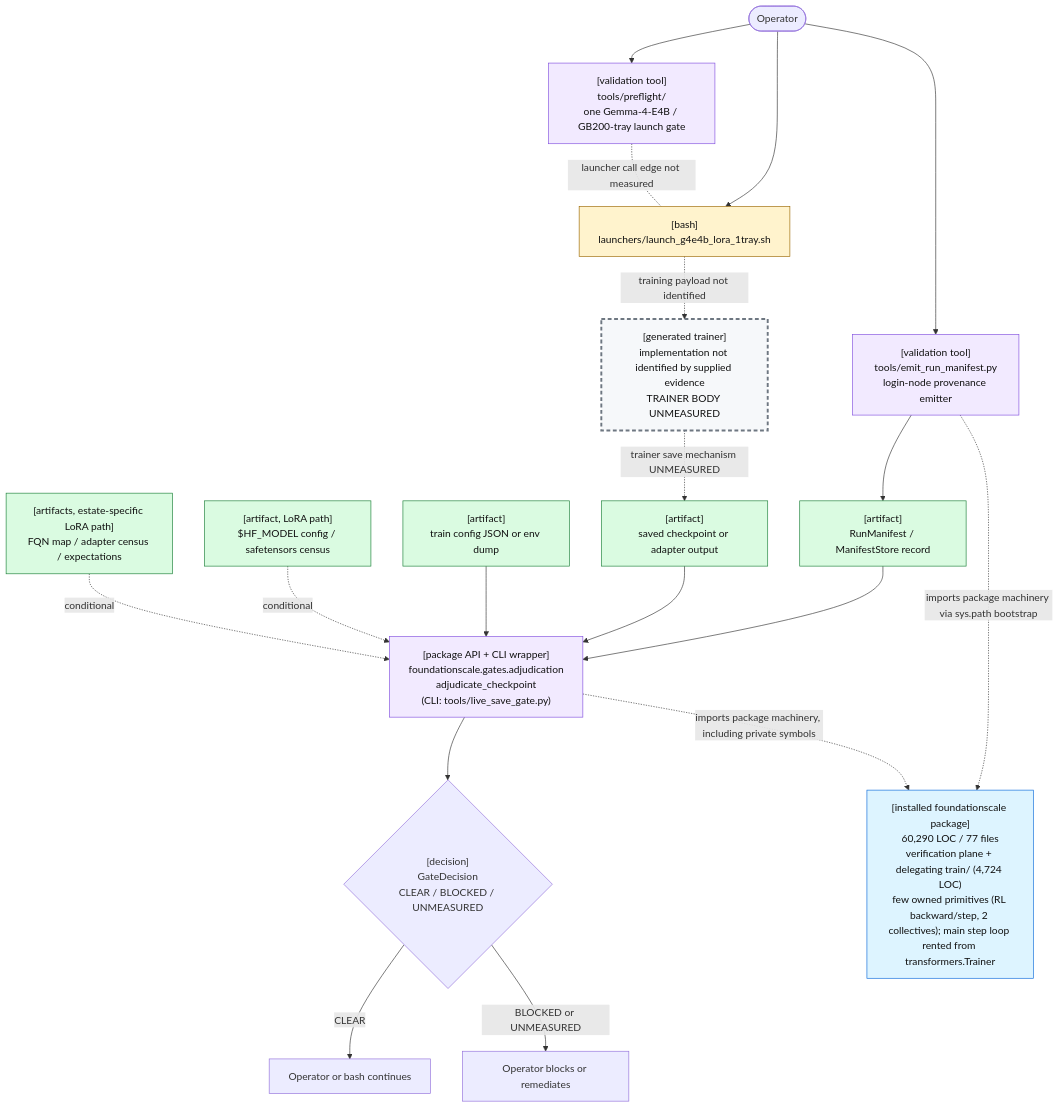
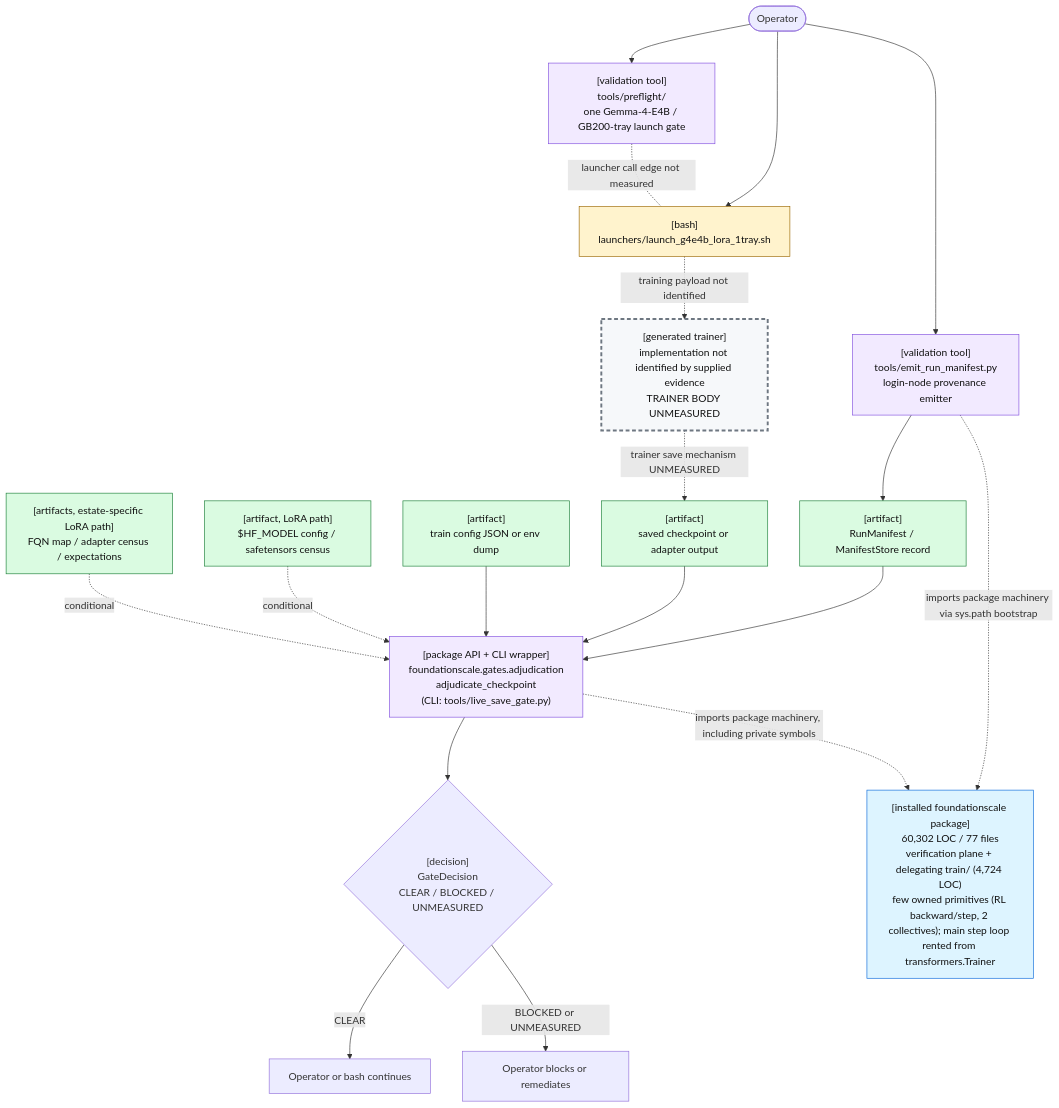
One commit to TranNhiem/FoundationScale changed the first of 2 diagrams in docs/review/D2_current_architecture.md. Above: the diagram before and after it, drawn with Mermaid. The commit also changed other lines of this file and 12 other files, not shown here.

````diff
--- a/docs/review/D2_current_architecture.md
+++ b/docs/review/D2_current_architecture.md
@@ -25,59 +25,59 @@
 ```mermaid
 flowchart TB
   O(["Operator"])
 
   PF["[validation tool]<br/>tools/preflight/<br/>one Gemma-4-E4B / GB200-tray launch gate"]
   L["[bash]<br/>launchers/launch_g4e4b_lora_1tray.sh"]
 
   E["[validation tool]<br/>tools/emit_run_manifest.py<br/>login-node provenance emitter"]
   M["[artifact]<br/>RunManifest / ManifestStore record"]
 
   T["[generated trainer]<br/>implementation not identified by supplied evidence<br/>TRAINER BODY UNMEASURED"]
   C["[artifact]<br/>saved checkpoint or adapter output"]
 
   G["[package API + CLI wrapper]<br/>foundationscale.gates.adjudication<br/>adjudicate_checkpoint<br/>(CLI: tools/live_save_gate.py)"]
   CFG["[artifact]<br/>train config JSON or env dump"]
   BASE["[artifact, LoRA path]<br/>$HF_MODEL config / safetensors census"]
   CEN["[artifacts, estate-specific LoRA path]<br/>FQN map / adapter census / expectations"]
 
   D{"[decision]<br/>GateDecision<br/>CLEAR / BLOCKED / UNMEASURED"}
   OK["Operator or bash continues"]
   NO["Operator blocks or remediates"]
 
-  PKG["[installed foundationscale package]<br/>60,290 LOC / 77 files<br/>verification plane + delegating train/ (4,724 LOC)<br/>few owned primitives (RL backward/step, 2 collectives); main step loop rented from transformers.Trainer"]
+  PKG["[installed foundationscale package]<br/>60,302 LOC / 77 files<br/>verification plane + delegating train/ (4,724 LOC)<br/>few owned primitives (RL backward/step, 2 collectives); main step loop rented from transformers.Trainer"]
 
   O --> PF
   O --> L
   PF -. "launcher call edge not measured" .- L
 
   O --> E
   E --> M
 
   L -. "training payload not identified" .-> T
   T -. "trainer save mechanism UNMEASURED" .-> C
 
   M --> G
   C --> G
   CFG --> G
   BASE -. "conditional" .-> G
   CEN -. "conditional" .-> G
 
   E -. "imports package machinery via sys.path bootstrap" .-> PKG
   G -. "imports package machinery, including private symbols" .-> PKG
 
   G --> D
   D -->|"CLEAR"| OK
   D -->|"BLOCKED or UNMEASURED"| NO
 
   classDef bash fill:#fff3cd,stroke:#9a6700,color:#111;
   classDef tool fill:#f2eaff,stroke:#8250df,color:#111;
   classDef artifact fill:#dafbe1,stroke:#1a7f37,color:#111;
   classDef gap fill:#f6f8fa,stroke:#6e7781,stroke-width:3px,stroke-dasharray: 6 4,color:#111;
   classDef pkg fill:#ddf4ff,stroke:#0969da,color:#111;
 
   class L bash;
   class PF,E,G tool;
   class M,C,CFG,BASE,CEN artifact;
   class T gap;
   class PKG pkg;
 ```
````
